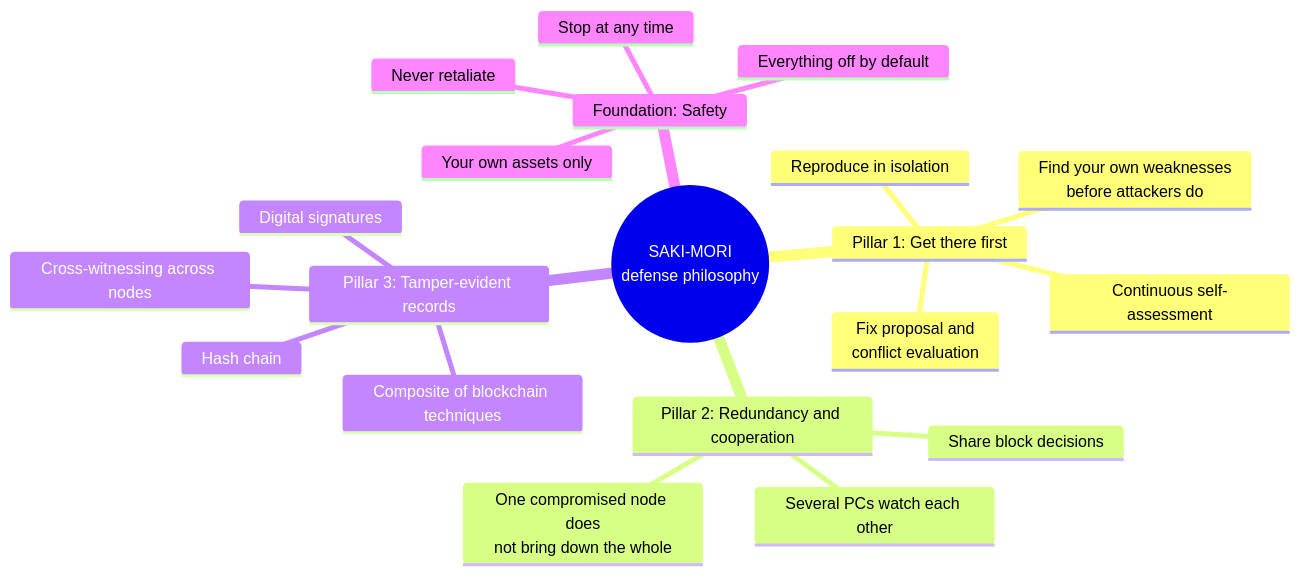
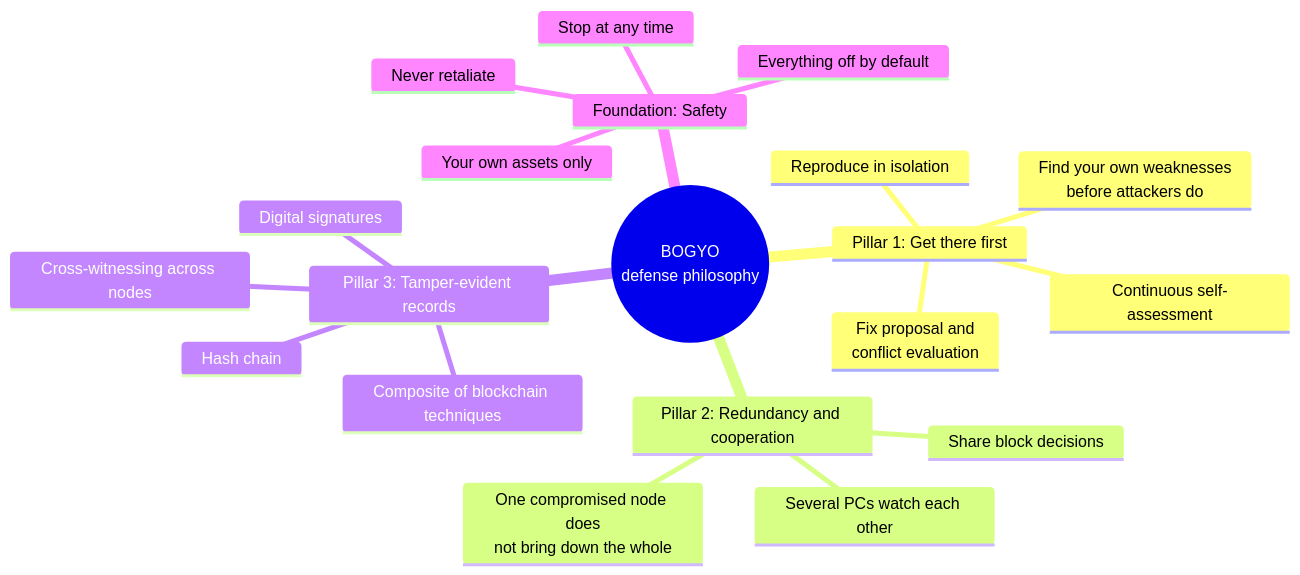
The second of 15 diagrams in docs/publication/01_concept-and-architecture.md (Hirasawakazumaz/BOGYO), drawn with Mermaid before and after one commit. The commit also changed other lines of this file and 30 other files, not shown here.

````diff
--- a/docs/publication/01_concept-and-architecture.md
+++ b/docs/publication/01_concept-and-architecture.md
@@ -71,23 +71,23 @@
 ```mermaid
 mindmap
-  root(("SAKI-MORI<br/>defense philosophy"))
+  root(("BOGYO<br/>defense philosophy"))
     Pillar 1: Get there first
       Find your own weaknesses<br/>before attackers do
       Continuous self-assessment
       Reproduce in isolation
       Fix proposal and<br/>conflict evaluation
     Pillar 2: Redundancy and cooperation
       Several PCs watch each other
       Share block decisions
       One compromised node does<br/>not bring down the whole
     Pillar 3: Tamper-evident records
       Hash chain
       Digital signatures
       Cross-witnessing across nodes
       Composite of blockchain techniques
     Foundation: Safety
       Your own assets only
       Everything off by default
       Never retaliate
       Stop at any time
 ```
````
